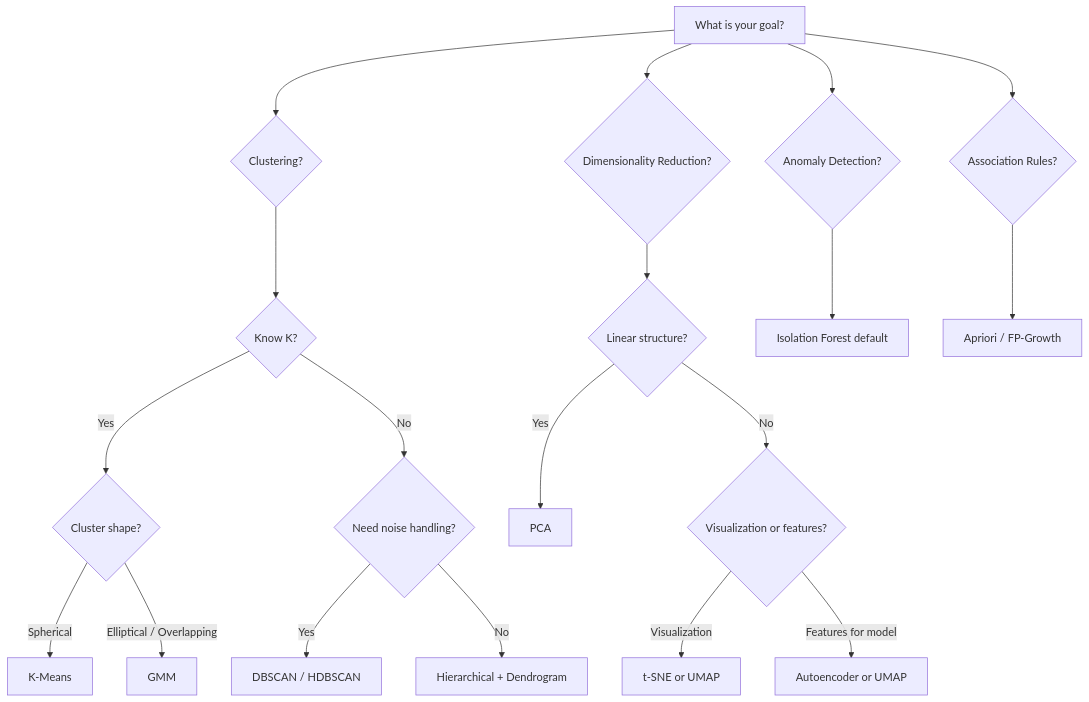
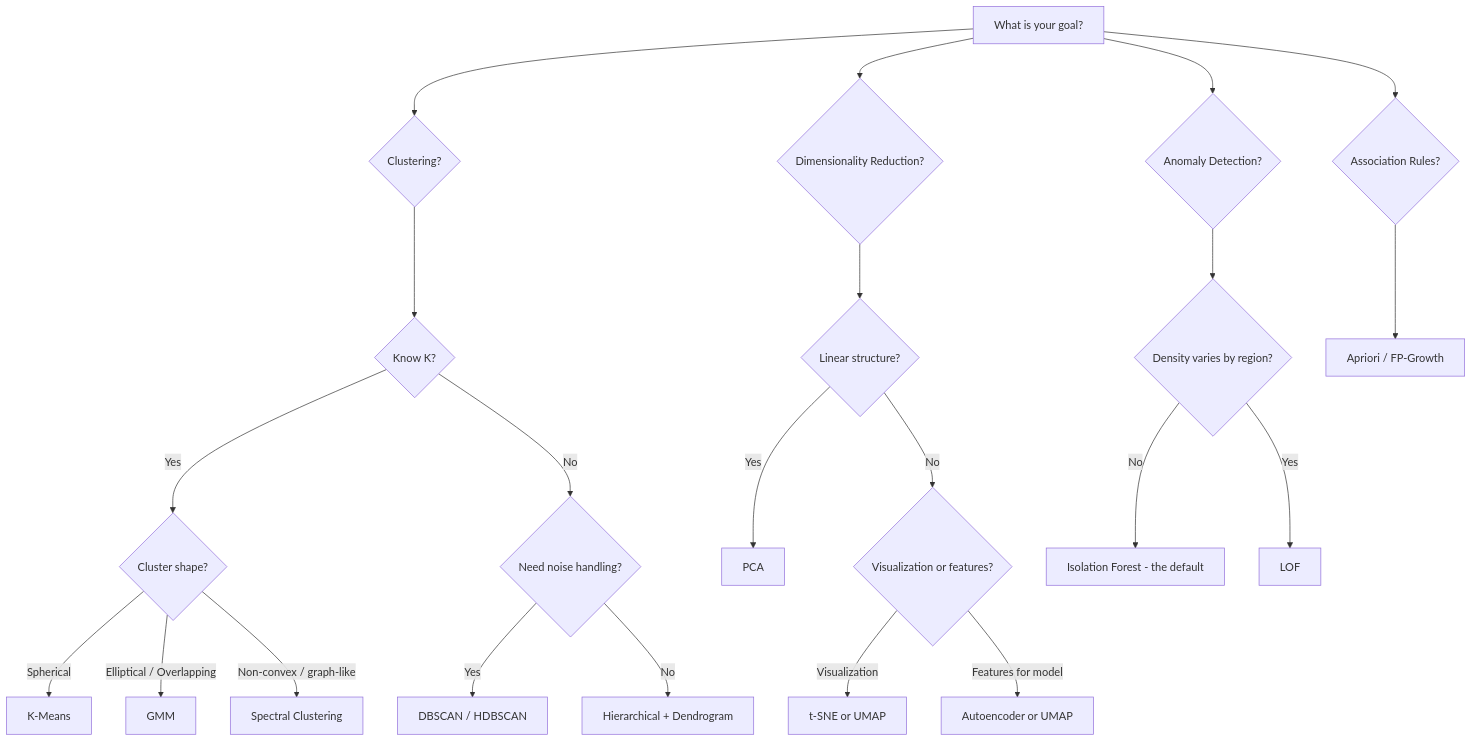
One commit to Hmago/ml4 changed the fourth of 4 diagrams in content/11_unsupervised_learning.md. Above: the diagram before and after it, drawn with Mermaid. The commit also changed other lines of this file and 165 other files, not shown here.

````diff
--- a/content/11_unsupervised_learning.md
+++ b/content/11_unsupervised_learning.md
@@ -2207,21 +3919,24 @@
 ```mermaid
 graph TD
     A[What is your goal?] --> B{Clustering?}
     A --> C{Dimensionality Reduction?}
     A --> D{Anomaly Detection?}
     A --> E{Association Rules?}
     B --> B1{Know K?}
     B1 -->|Yes| B2{Cluster shape?}
     B2 -->|Spherical| B3[K-Means]
     B2 -->|Elliptical / Overlapping| B4[GMM]
+    B2 -->|Non-convex / graph-like| B8[Spectral Clustering]
     B1 -->|No| B5{Need noise handling?}
     B5 -->|Yes| B6[DBSCAN / HDBSCAN]
     B5 -->|No| B7[Hierarchical + Dendrogram]
     C --> C1{Linear structure?}
     C1 -->|Yes| C2[PCA]
     C1 -->|No| C3{Visualization or features?}
     C3 -->|Visualization| C4[t-SNE or UMAP]
     C3 -->|Features for model| C5[Autoencoder or UMAP]
-    D --> D1[Isolation Forest default]
+    D --> D1{Density varies by region?}
+    D1 -->|No| D2[Isolation Forest - the default]
+    D1 -->|Yes| D3[LOF]
     E --> E1[Apriori / FP-Growth]
 ```
````
